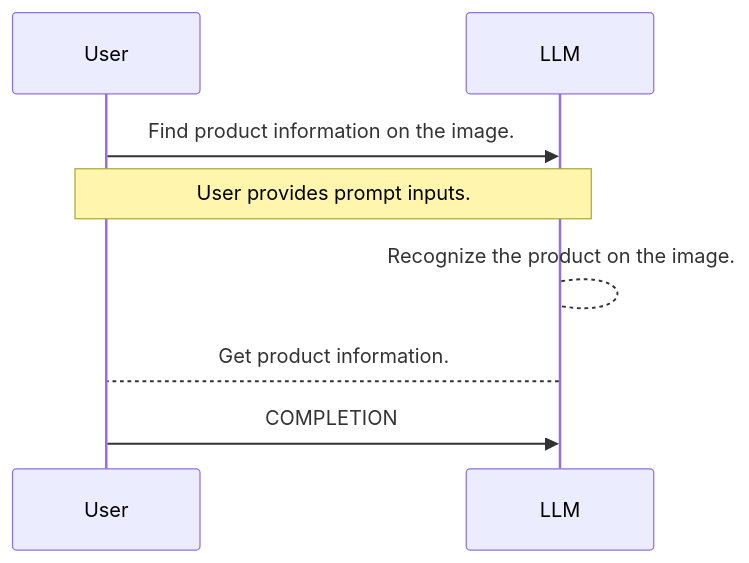
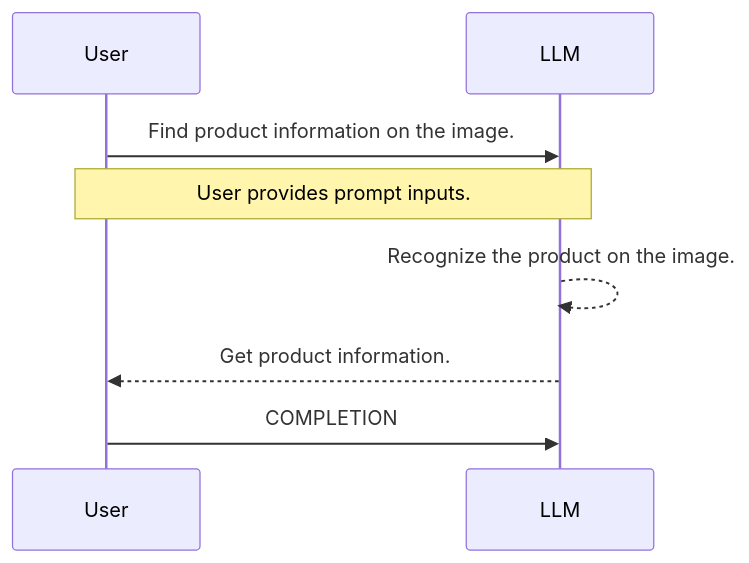
Before and after one commit to yueguoguo/yueguoguo.github.io: the first of 4 diagrams in _posts/2024-11-31-service-as-a-software.md, drawn with Mermaid. The commit also changed other lines of this file, not shown here.

Commit message:
update diagram

```diff
--- a/_posts/2024-11-31-service-as-a-software.md
+++ b/_posts/2024-11-31-service-as-a-software.md
@@ -130,8 +130,8 @@
 <div class="mermaid">
 sequenceDiagram
     User->>LLM: Find product information on the image.
     Note over User,LLM: User provides prompt inputs.
-    LLM-->LLM: Recognize the product on the image. 
-    LLM-->User: Get product information.
+    LLM-->>LLM: Recognize the product on the image. 
+    LLM-->>User: Get product information.
     User->>LLM: COMPLETION
 </div>
```
